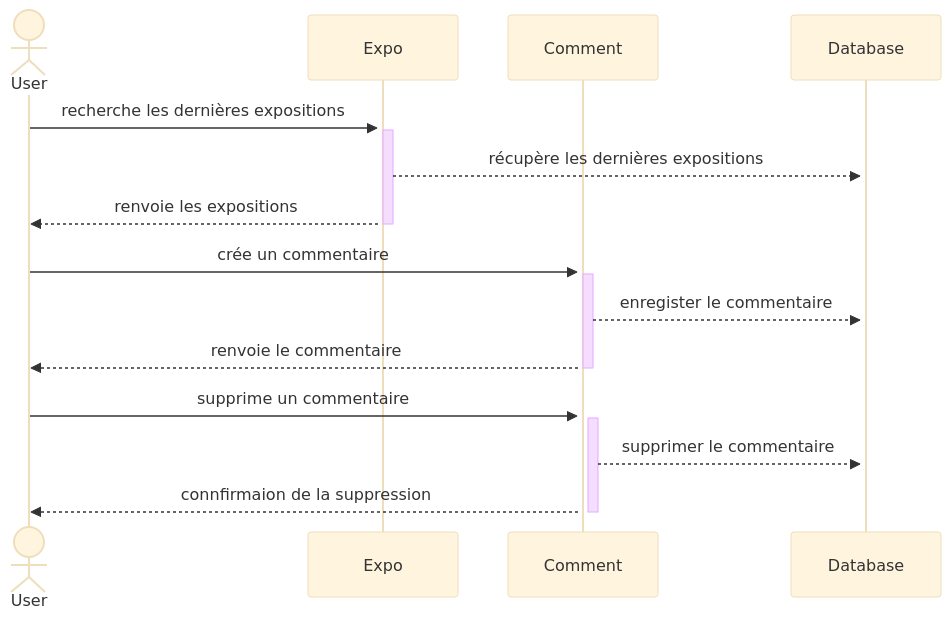
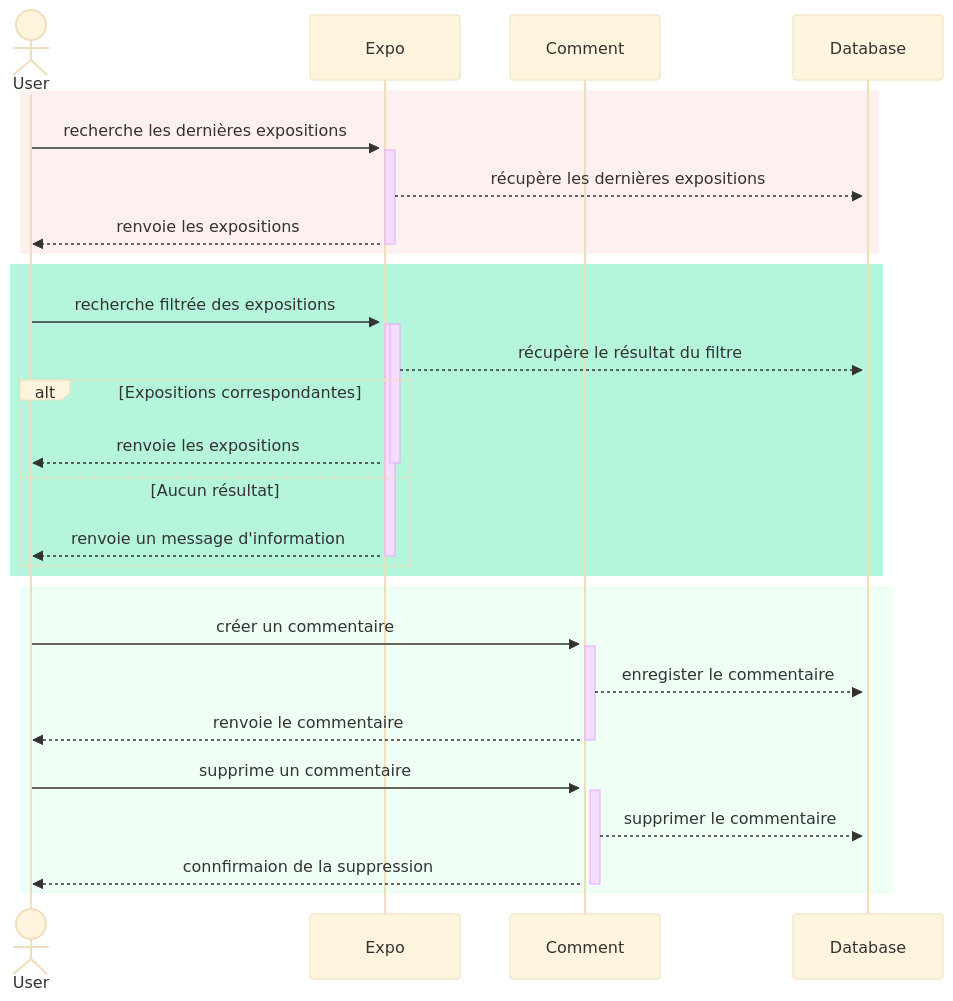
One commit to Jensone/road-to-uml changed the diagram in sequences.md. Above: the diagram before and after it, drawn with Mermaid (base theme).

Commit message:
Enhance sequence diagram in sequences.md with clear delineation of Expo and Comment user interactions through colored regions

````diff
--- a/sequences.md
+++ b/sequences.md
@@ -5,22 +5,38 @@
 ```mermaid
 
 sequenceDiagram
     actor User
     participant Expo
     participant Comment
     participant Database
 
-    User->>+Expo: recherche les dernières expositions
-    activate Expo
-    Expo-->>+Database: récupère les dernières expositions
-    Expo-->>-User: renvoie les expositions
-    User->>+Comment: crée un commentaire
-    activate Comment
-    Comment-->>+Database: enregister le commentaire
-    Comment-->>-User: renvoie le commentaire
-    User->>+Comment: supprime un commentaire
-    activate Comment
-    Comment-->>+Database: supprimer le commentaire
-    Comment-->>-User: connfirmaion de la suppression
+    rect rgb(255,240,240) 
+        User->>+Expo: recherche les dernières expositions
+        activate Expo
+        Expo-->>+Database: récupère les dernières expositions
+        Expo-->>-User: renvoie les expositions
+    end
+
+    rect rgb(180,245,220) 
+        User->>+Expo: recherche filtrée des expositions
+        activate Expo
+        Expo-->>+Database: récupère le résultat du filtre
+        alt Expositions correspondantes
+            Expo-->>-User: renvoie les expositions
+        else Aucun résultat
+            Expo-->>-User: renvoie un message d'information
+        end
+    end
+
+    rect rgb(240,255,245) 
+        User->>+Comment: créer un commentaire
+        activate Comment
+        Comment-->>+Database: enregister le commentaire
+        Comment-->>-User: renvoie le commentaire
+        User->>+Comment: supprime un commentaire
+        activate Comment
+        Comment-->>+Database: supprimer le commentaire
+        Comment-->>-User: connfirmaion de la suppression
+    end
 
 ```
````
